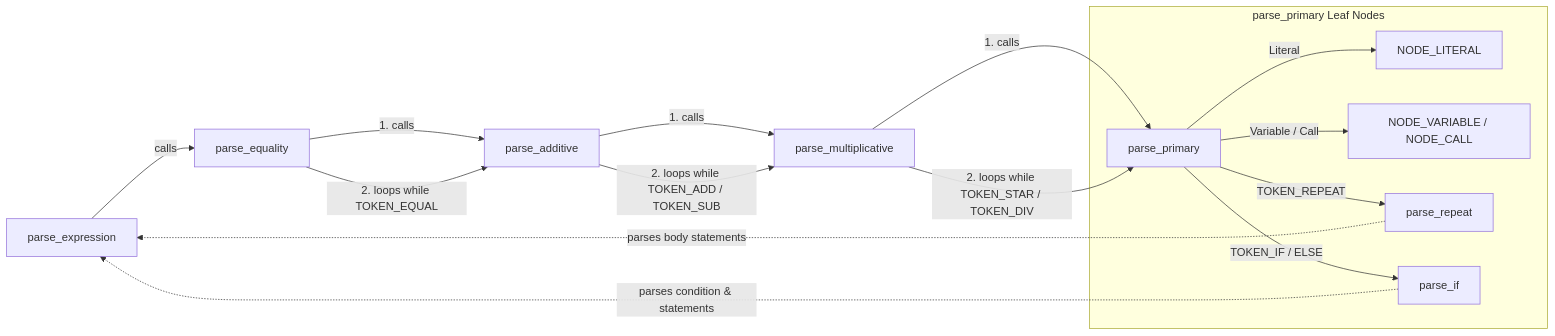
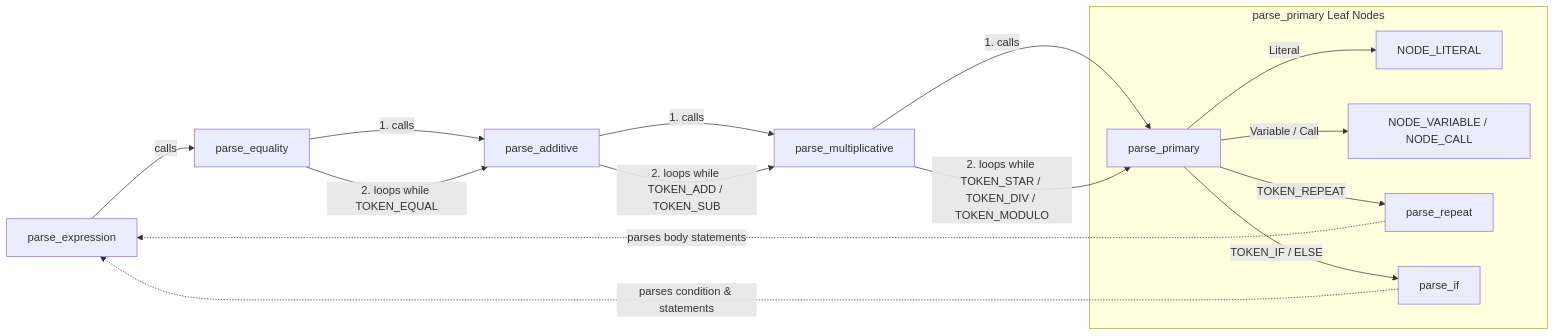
One commit to Pacsfury/Gravel-Launcher changed the second of 2 diagrams in DESIGN.md. Above: the diagram before and after it, drawn with Mermaid. The commit also changed 5 other files, not shown here.

````diff
--- a/DESIGN.md
+++ b/DESIGN.md
@@ -247,29 +247,29 @@
 ```mermaid
 flowchart LR
     %% Main Entry Points
     A[parse_expression] -->|calls| B[parse_equality]
     
     %% Equality Level
     B -->|1. calls| C[parse_additive]
     B -->|2. loops while TOKEN_EQUAL| C
     
     %% Additive Level
     C -->|1. calls| D[parse_multiplicative]
     C -->|2. loops while TOKEN_ADD / TOKEN_SUB| D
     
     %% Multiplicative Level
     D -->|1. calls| E[parse_primary]
-    D -->|2. loops while TOKEN_STAR / TOKEN_DIV| E
+    D -->|2. loops while TOKEN_STAR / TOKEN_DIV / TOKEN_MODULO| E
     
     %% Primary Level & Recursion
     subgraph Primary [parse_primary Leaf Nodes]
         E -->|Literal| F[NODE_LITERAL]
         E -->|Variable / Call| G[NODE_VARIABLE / NODE_CALL]
         E -->|TOKEN_REPEAT| H[parse_repeat]
         E -->|TOKEN_IF / ELSE| I[parse_if]
     end
 
     %% Recursion Backtrack
     H -.->|parses body statements| A
     I -.->|parses condition & statements| A
 ```  
````
